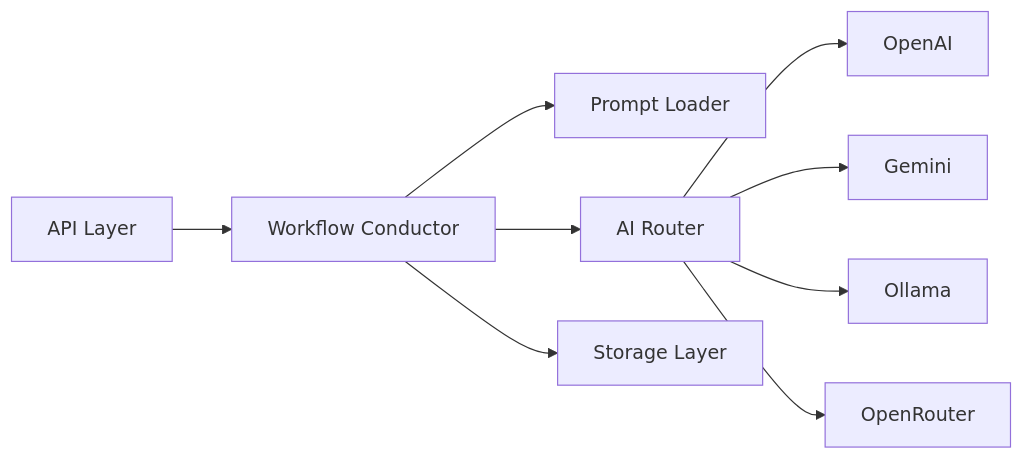
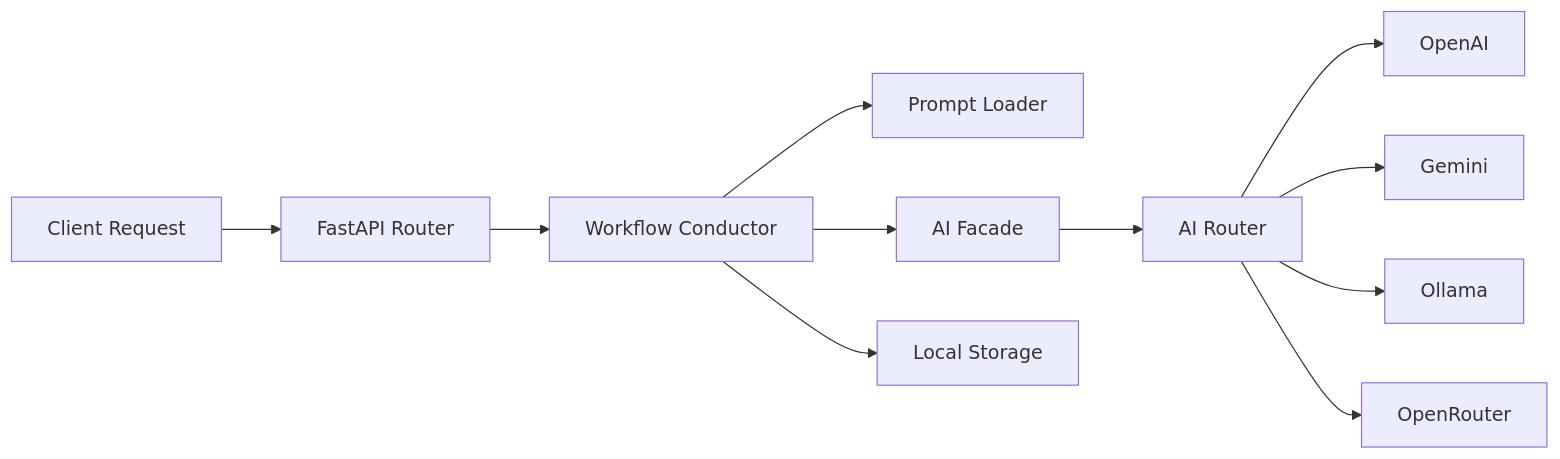
The diagram in README.md (sohibwong102-pixel/API_Integration), drawn with Mermaid before and after one commit. The commit also changed other lines of this file, not shown here.

Commit message:
docs: refine README based on actual repository architecture

````diff
--- a/README.md
+++ b/README.md
@@ -127,11 +114,13 @@
 ```mermaid
 graph LR
-    A[API Layer] --> B[Workflow Conductor]
-    B --> C[Prompt Loader]
-    B --> D[AI Router]
-    B --> E[Storage Layer]
-    D --> F[OpenAI]
-    D --> G[Gemini]
-    D --> H[Ollama]
-    D --> I[OpenRouter]
+    A[Client Request] --> B[FastAPI Router]
+    B --> C[Workflow Conductor]
+    C --> D[Prompt Loader]
+    C --> E[AI Facade]
+    E --> F[AI Router]
+    F --> G[OpenAI]
+    F --> H[Gemini]
+    F --> I[Ollama]
+    F --> J[OpenRouter]
+    C --> K[Local Storage]
 ```
````
